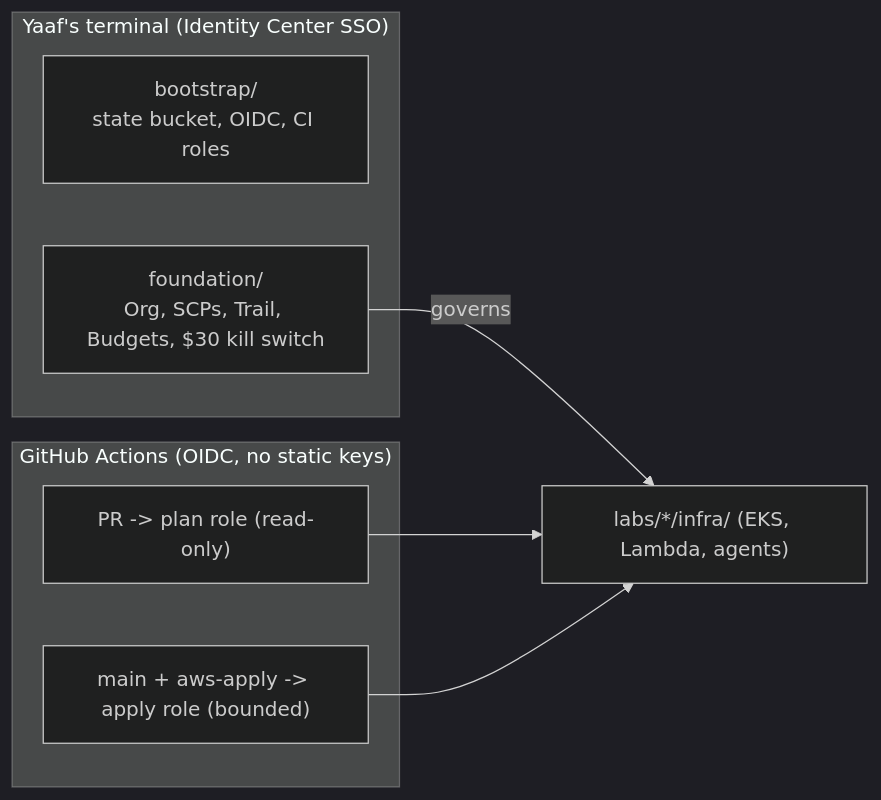
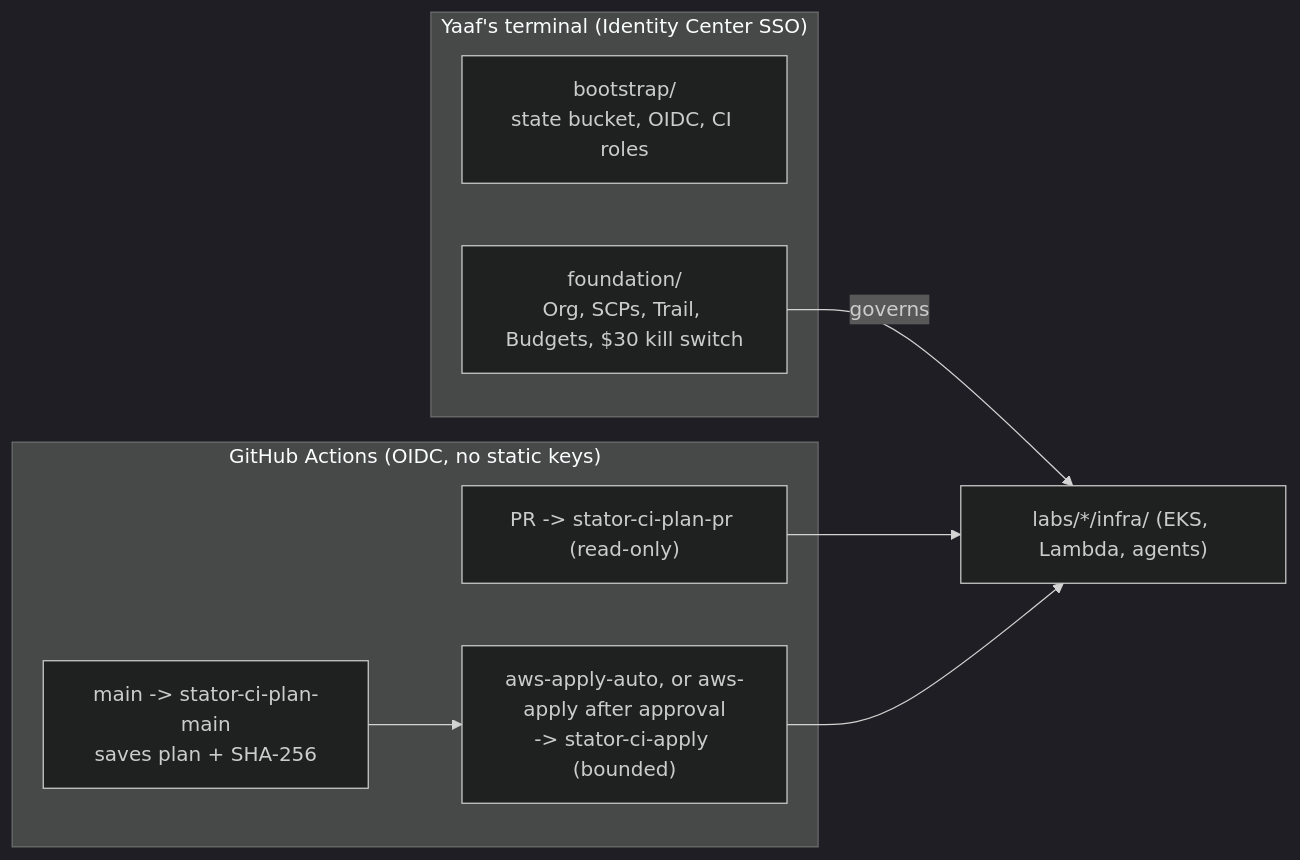
One commit to stator-labs/stator changed the diagram in platform/infra/README.md. Above: the diagram before and after it, drawn with Mermaid (dark theme). The commit also changed other lines of this file and 2 other files, not shown here.

Commit message:
platform: switch Infrastructure to pipeline v2
PR plans call plan.yml with stator-ci-plan-pr. main plans every CI
stack, applies the saved plans through apply.yml in the lane's
environment, and a report job keeps the rolling issues current. No
paths filter on push. Removes the paused legacy apply job.

Part of STAT-34 (Plan workflow hardening)

````diff
--- a/platform/infra/README.md
+++ b/platform/infra/README.md
@@ -5,14 +5,16 @@
 ```mermaid
 flowchart LR
   subgraph terminal["Yaaf's terminal (Identity Center SSO)"]
     boot["bootstrap/<br/>state bucket, OIDC, CI roles"]
     fnd["foundation/<br/>Org, SCPs, Trail, Budgets, $30 kill switch"]
   end
   subgraph ci["GitHub Actions (OIDC, no static keys)"]
-    pr["PR -> plan role (read-only)"]
-    apply["main + aws-apply -> apply role (bounded)"]
+    pr["PR -> stator-ci-plan-pr (read-only)"]
+    main["main -> stator-ci-plan-main<br/>saves plan + SHA-256"]
+    apply["aws-apply-auto, or aws-apply after approval<br/>-> stator-ci-apply (bounded)"]
   end
   fnd -->|governs| labs["labs/*/infra/ (EKS, Lambda, agents)"]
   pr --> labs
+  main --> apply
   apply --> labs
 ```
````
